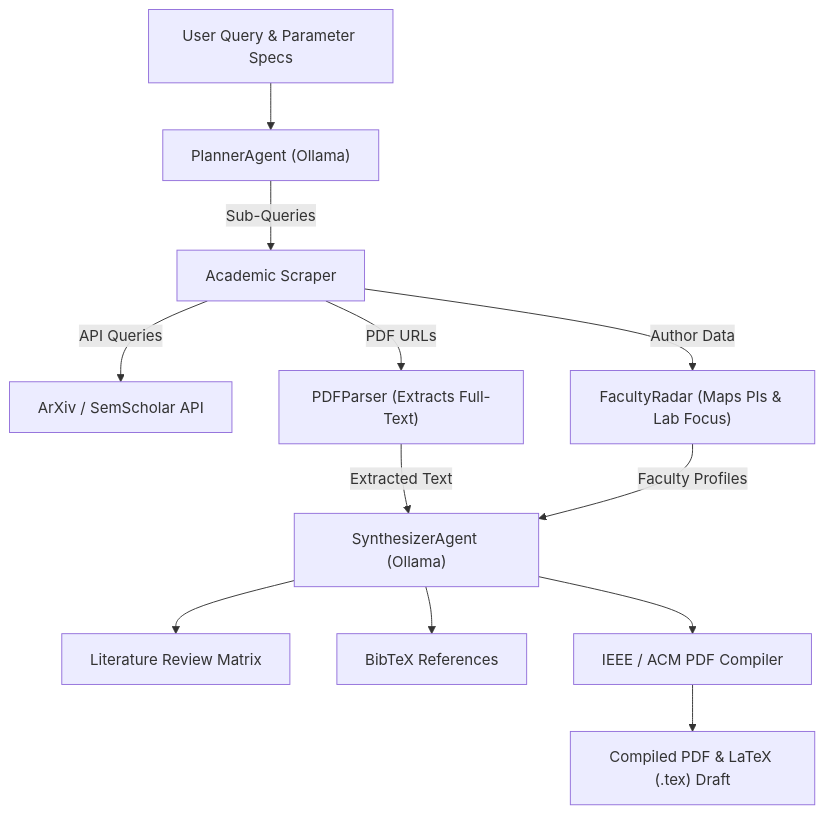
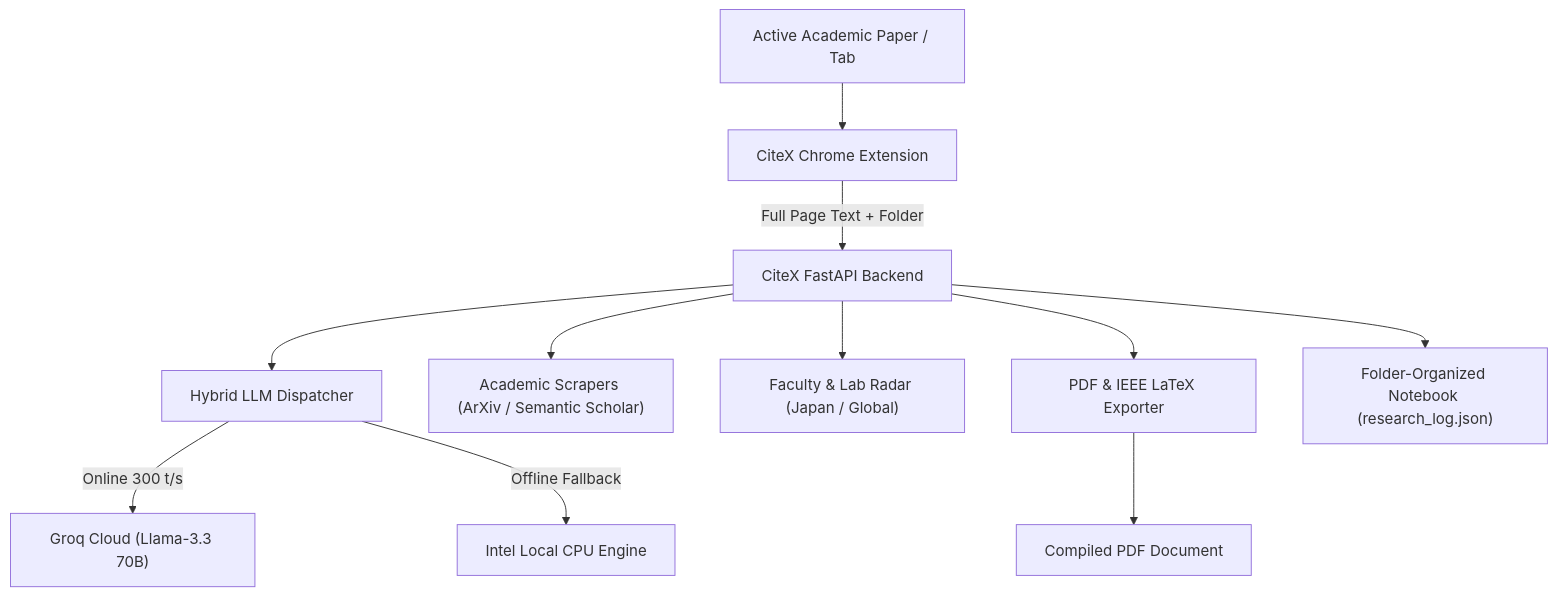
The diagram in README.md (Tamore/AI-Research-Agent), drawn with Mermaid before and after one commit. The commit also changed other lines of this file, not shown here.

Commit message:
docs: Overhaul README with CiteX hybrid engine, folder notebook, and PDF compiler documentation

````diff
--- a/README.md
+++ b/README.md
@@ -51,14 +54,13 @@
 ```mermaid
 graph TD
-    UserQuery["User Query & Parameter Specs"] --> PlannerAgent["PlannerAgent (Ollama)"]
-    PlannerAgent -->|Sub-Queries| AcademicScraper["Academic Scraper"]
-    AcademicScraper -->|API Queries| AcademicAPIs["ArXiv / SemScholar API"]
-    AcademicScraper -->|PDF URLs| PDFParser["PDFParser (Extracts Full-Text)"]
-    AcademicScraper -->|Author Data| FacultyRadar["FacultyRadar (Maps PIs & Lab Focus)"]
-    PDFParser -->|Extracted Text| SynthesizerAgent["SynthesizerAgent (Ollama)"]
-    FacultyRadar -->|Faculty Profiles| SynthesizerAgent
-    SynthesizerAgent --> LiteratureMatrix["Literature Review Matrix"]
-    SynthesizerAgent --> BibTeXRefs["BibTeX References"]
-    SynthesizerAgent --> PDFCompiler["IEEE / ACM PDF Compiler"]
-    PDFCompiler --> PDFDraft["Compiled PDF & LaTeX (.tex) Draft"]
+    UserTab["Active Academic Paper / Tab"] --> Extension["CiteX Chrome Extension"]
+    Extension -->|Full Page Text + Folder| Backend["CiteX FastAPI Backend"]
+    Backend --> HybridDispatcher["Hybrid LLM Dispatcher"]
+    HybridDispatcher -->|Online 300 t/s| Groq["Groq Cloud (Llama-3.3 70B)"]
+    HybridDispatcher -->|Offline Fallback| IntelEngine["Intel Local CPU Engine"]
+    Backend --> ArXiv["Academic Scrapers (ArXiv / Semantic Scholar)"]
+    Backend --> Radar["Faculty & Lab Radar (Japan / Global)"]
+    Backend --> PDFComp["PDF & IEEE LaTeX Exporter"]
+    PDFComp --> OutputPDF["Compiled PDF Document"]
+    Backend --> Notebook["Folder-Organized Notebook (research_log.json)"]
 ```
````
